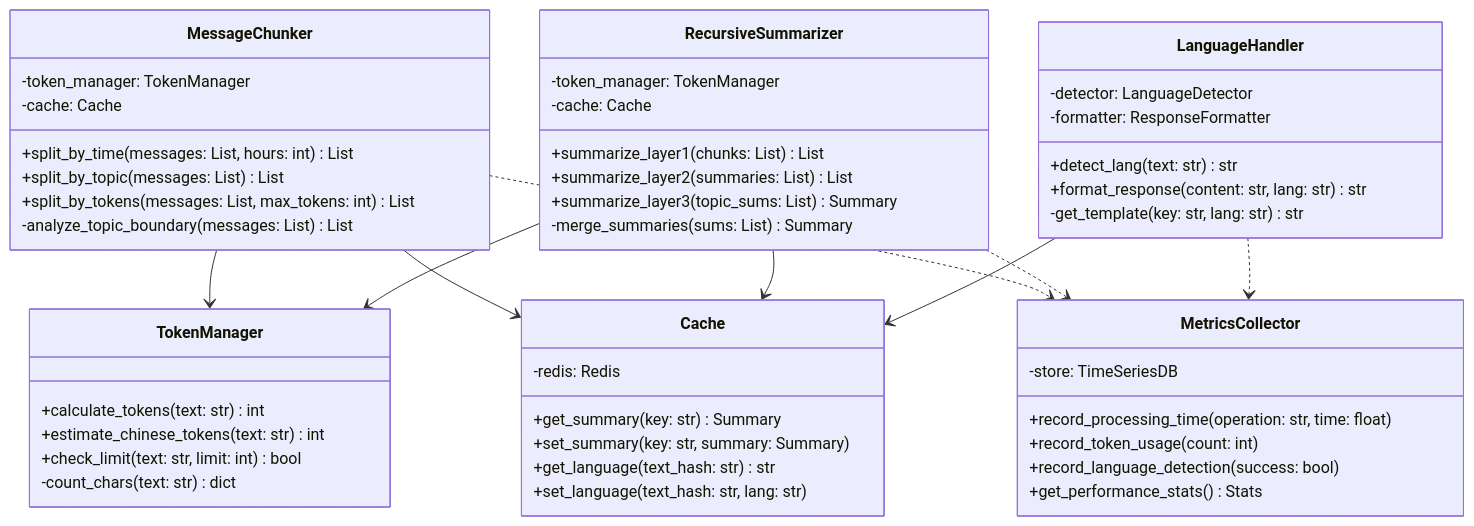
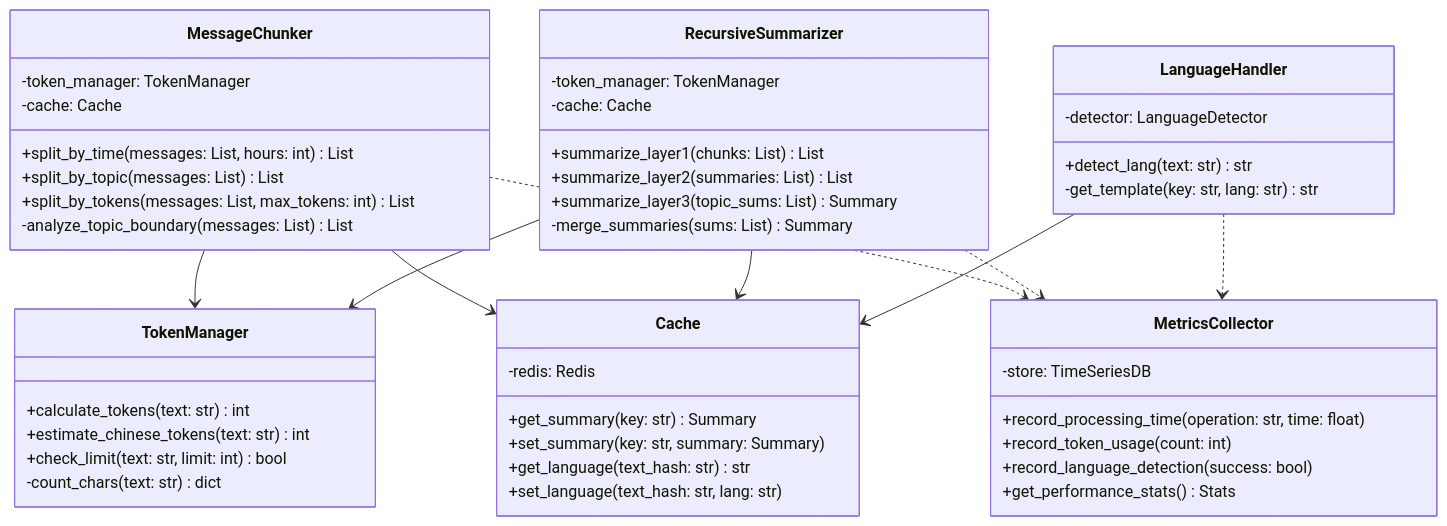
Before and after one commit to kankan2351/weiboChatlog: the diagram in chatbot_optimization_class.mermaid, drawn with Mermaid. The commit also changed 161 other files, not shown here.

```diff
--- a/chatbot_optimization_class.mermaid
+++ b/chatbot_optimization_class.mermaid
@@ -1,58 +1,56 @@
 classDiagram
     class TokenManager {
         +calculate_tokens(text: str) int
         +estimate_chinese_tokens(text: str) int
         +check_limit(text: str, limit: int) bool
         -count_chars(text: str) dict
     }
 
     class MessageChunker {
         -token_manager: TokenManager
         -cache: Cache
         +split_by_time(messages: List, hours: int) List
         +split_by_topic(messages: List) List
         +split_by_tokens(messages: List, max_tokens: int) List
         -analyze_topic_boundary(messages: List) List
     }
 
     class RecursiveSummarizer {
         -token_manager: TokenManager
         -cache: Cache
         +summarize_layer1(chunks: List) List
         +summarize_layer2(summaries: List) List
         +summarize_layer3(topic_sums: List) Summary
         -merge_summaries(sums: List) Summary
     }
 
     class LanguageHandler {
         -detector: LanguageDetector
-        -formatter: ResponseFormatter
         +detect_lang(text: str) str
-        +format_response(content: str, lang: str) str
         -get_template(key: str, lang: str) str
     }
 
     class Cache {
         -redis: Redis
         +get_summary(key: str) Summary
         +set_summary(key: str, summary: Summary)
         +get_language(text_hash: str) str
         +set_language(text_hash: str, lang: str)
     }
 
     class MetricsCollector {
         -store: TimeSeriesDB
         +record_processing_time(operation: str, time: float)
         +record_token_usage(count: int)
         +record_language_detection(success: bool)
         +get_performance_stats() Stats
     }
 
     MessageChunker --> TokenManager
     RecursiveSummarizer --> TokenManager
     MessageChunker --> Cache
     RecursiveSummarizer --> Cache
     LanguageHandler --> Cache
     MessageChunker ..> MetricsCollector
     RecursiveSummarizer ..> MetricsCollector
     LanguageHandler ..> MetricsCollector
```
